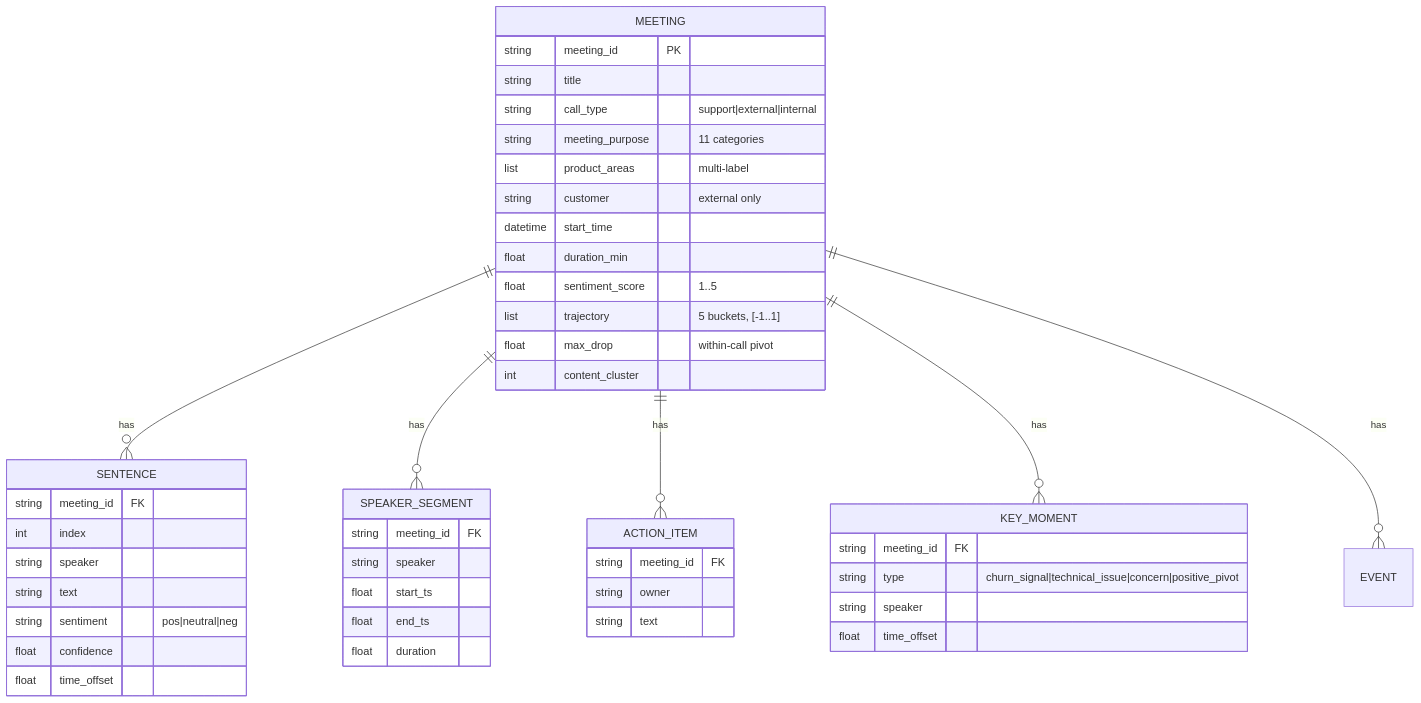
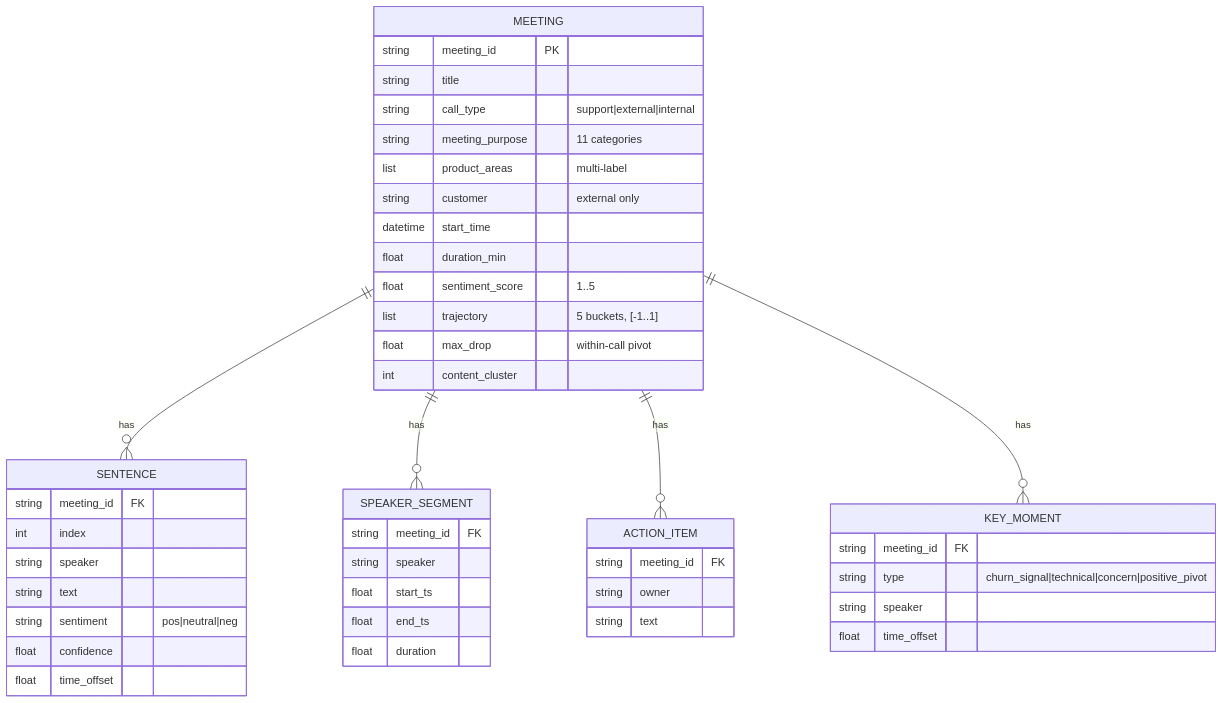
One commit to r2st/rubrik changed the third of 6 diagrams in docs/ARCHITECTURE.md. Above: the diagram before and after it, drawn with Mermaid. The commit also changed other lines of this file and 6 other files, not shown here.

````diff
--- a/docs/ARCHITECTURE.md
+++ b/docs/ARCHITECTURE.md
@@ -130,54 +119,53 @@
 ```mermaid
 erDiagram
     MEETING ||--o{ SENTENCE : has
     MEETING ||--o{ SPEAKER_SEGMENT : has
     MEETING ||--o{ ACTION_ITEM : has
     MEETING ||--o{ KEY_MOMENT : has
-    MEETING ||--o{ EVENT : has
 
     MEETING {
         string meeting_id PK
         string title
         string call_type "support|external|internal"
         string meeting_purpose "11 categories"
         list product_areas "multi-label"
         string customer "external only"
         datetime start_time
         float duration_min
         float sentiment_score "1..5"
         list trajectory "5 buckets, [-1..1]"
         float max_drop "within-call pivot"
         int content_cluster
     }
 
     SENTENCE {
         string meeting_id FK
         int index
         string speaker
         string text
         string sentiment "pos|neutral|neg"
         float confidence
         float time_offset
     }
 
     SPEAKER_SEGMENT {
         string meeting_id FK
         string speaker
         float start_ts
         float end_ts
         float duration
     }
 
     ACTION_ITEM {
         string meeting_id FK
         string owner
         string text
     }
 
     KEY_MOMENT {
         string meeting_id FK
-        string type "churn_signal|technical_issue|concern|positive_pivot"
+        string type "churn_signal|technical|concern|positive_pivot"
         string speaker
         float time_offset
     }
 ```
````
